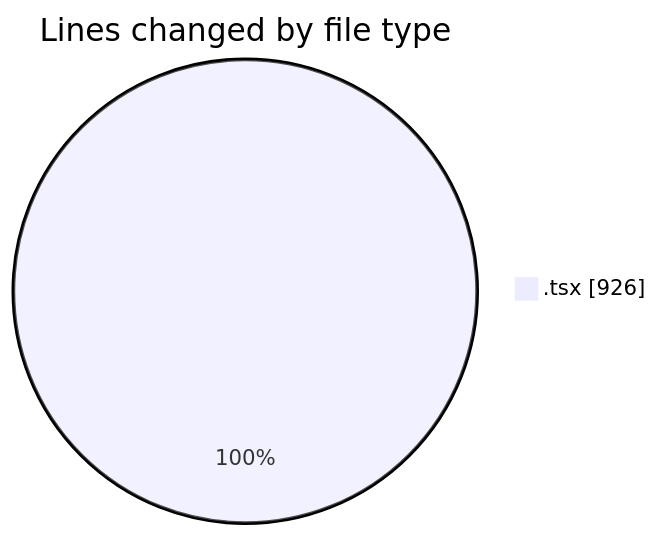
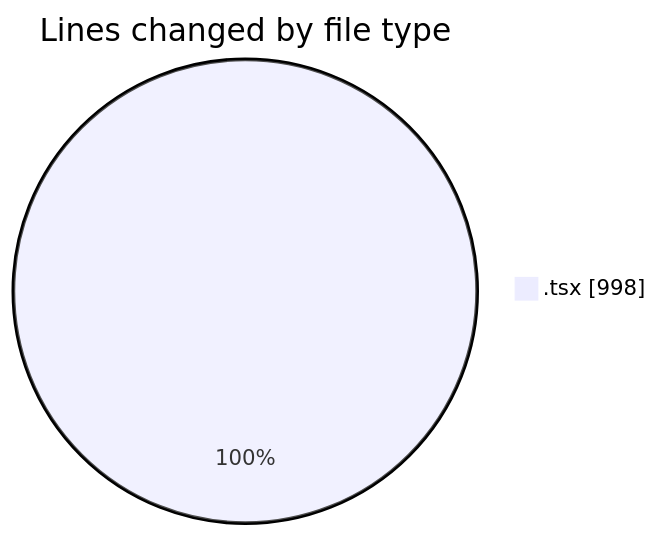
One commit to momahboobian/code-tracking changed the first of 2 diagrams in 2025-06-13/cda/README.md. Above: the diagram before and after it, drawn with Mermaid. The commit also changed other lines of this file and 1 other file, not shown here.

````diff
--- a/2025-06-13/cda/README.md
+++ b/2025-06-13/cda/README.md
@@ -21,5 +21,5 @@
 ```mermaid
 pie showData
 title Lines changed by file type
-".tsx" : 926
+".tsx" : 998
 ```
````
